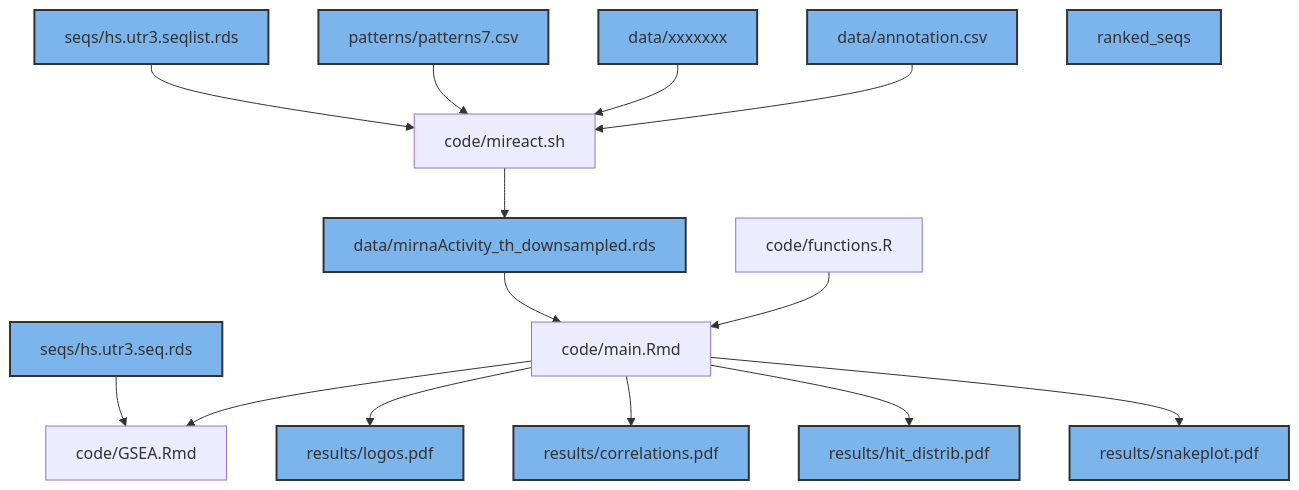
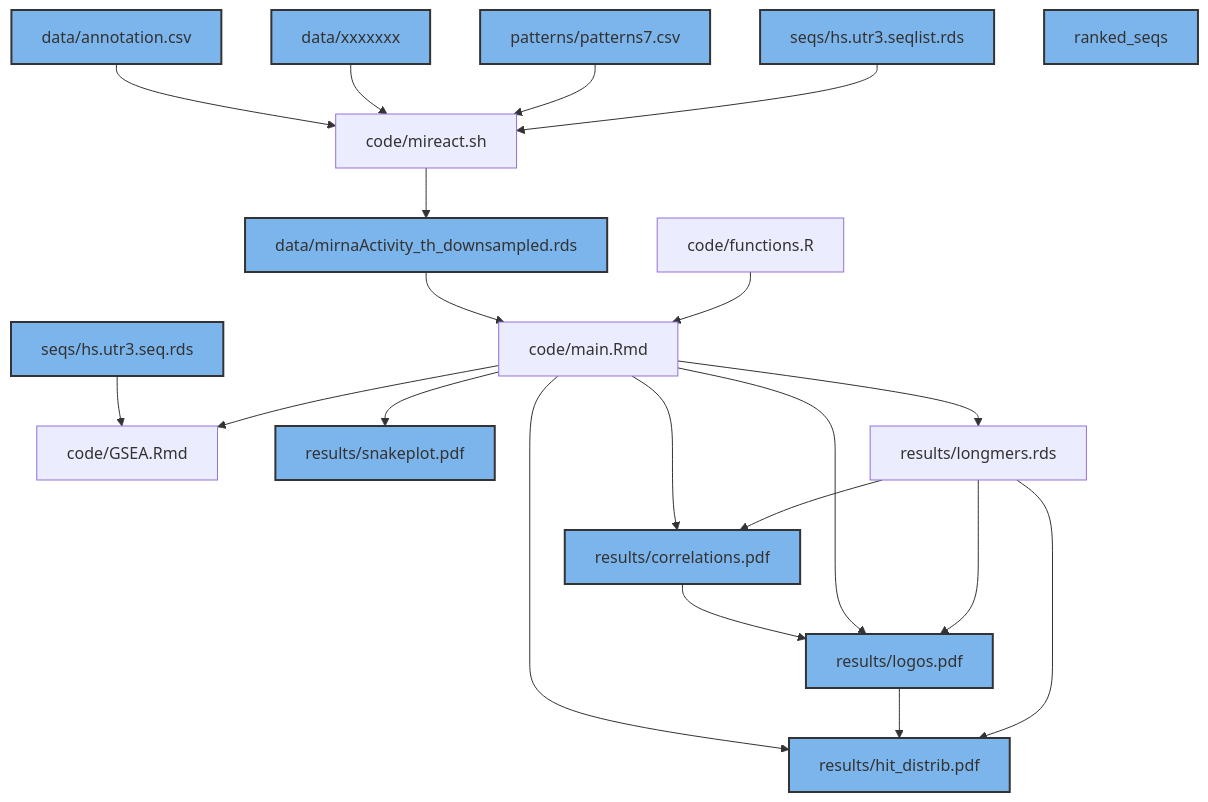
One commit to PaulaRodrigoMartin/SMLB changed the diagram in README.md. Above: the diagram before and after it, drawn with Mermaid.

````diff
--- a/README.md
+++ b/README.md
@@ -1,45 +1,52 @@
 ```mermaid
 graph TD;
     seqlist[seqs/hs.utr3.seqlist.rds]
     seqs[seqs/hs.utr3.seq.rds]
     mireact_input[data/xxxxxxx]
     miReact_output[data/mirnaActivity_th_downsampled.rds]
     7mers[patterns/patterns7.csv]
     annotation[data/annotation.csv]
     miReact[code/mireact.sh]
     functions[code/functions.R]
     main_notebook[code/main.Rmd]
     GSEA[code/GSEA.Rmd]
     logos[results/logos.pdf]
     corrm[results/correlations.pdf]
     distrib[results/hit_distrib.pdf]
     snakeplot[results/snakeplot.pdf]
+    longmers[results/longmers.rds]
     
 
     style seqlist fill:#7cb5ec,stroke:#333,stroke-width:2px;
     style miReact_output fill:#7cb5ec,stroke:#333,stroke-width:2px;
     style 7mers fill:#7cb5ec,stroke:#333,stroke-width:2px;
     style mireact_input fill:#7cb5ec,stroke:#333,stroke-width:2px;
     style seqs fill:#7cb5ec,stroke:#333,stroke-width:2px;
     style annotation fill:#7cb5ec,stroke:#333,stroke-width:2px;
     style logos fill:#7cb5ec,stroke:#333,stroke-width:2px;
     style corrm fill:#7cb5ec,stroke:#333,stroke-width:2px;
     style distrib fill:#7cb5ec,stroke:#333,stroke-width:2px;
     style ranked_seqs fill:#7cb5ec,stroke:#333,stroke-width:2px;
     style snakeplot fill:#7cb5ec,stroke:#333,stroke-width:2px;
 
     seqlist-->miReact
     7mers-->miReact
     mireact_input-->miReact
     annotation-->miReact
     miReact-->miReact_output
     functions-->main_notebook
-    main_notebook-->GSEA
+    main_notebook-->longmers
+    longmers-->logos
+    longmers-->corrm
+    longmers-->distrib
     main_notebook-->logos
     main_notebook-->corrm
+    corrm-->logos
+    logos-->distrib
     main_notebook-->distrib
+    main_notebook-->GSEA
     seqs-->GSEA
     main_notebook--> snakeplot
     miReact_output-->main_notebook
 
 ```
````
